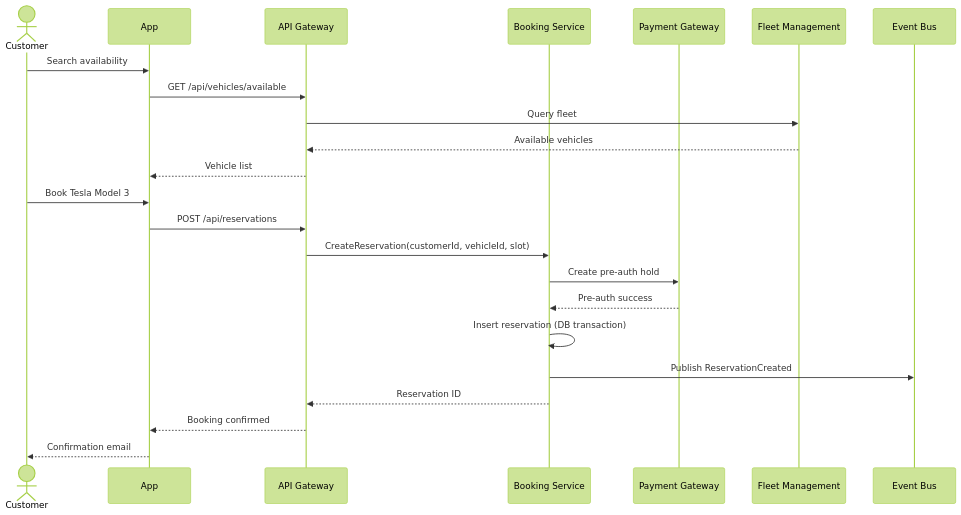
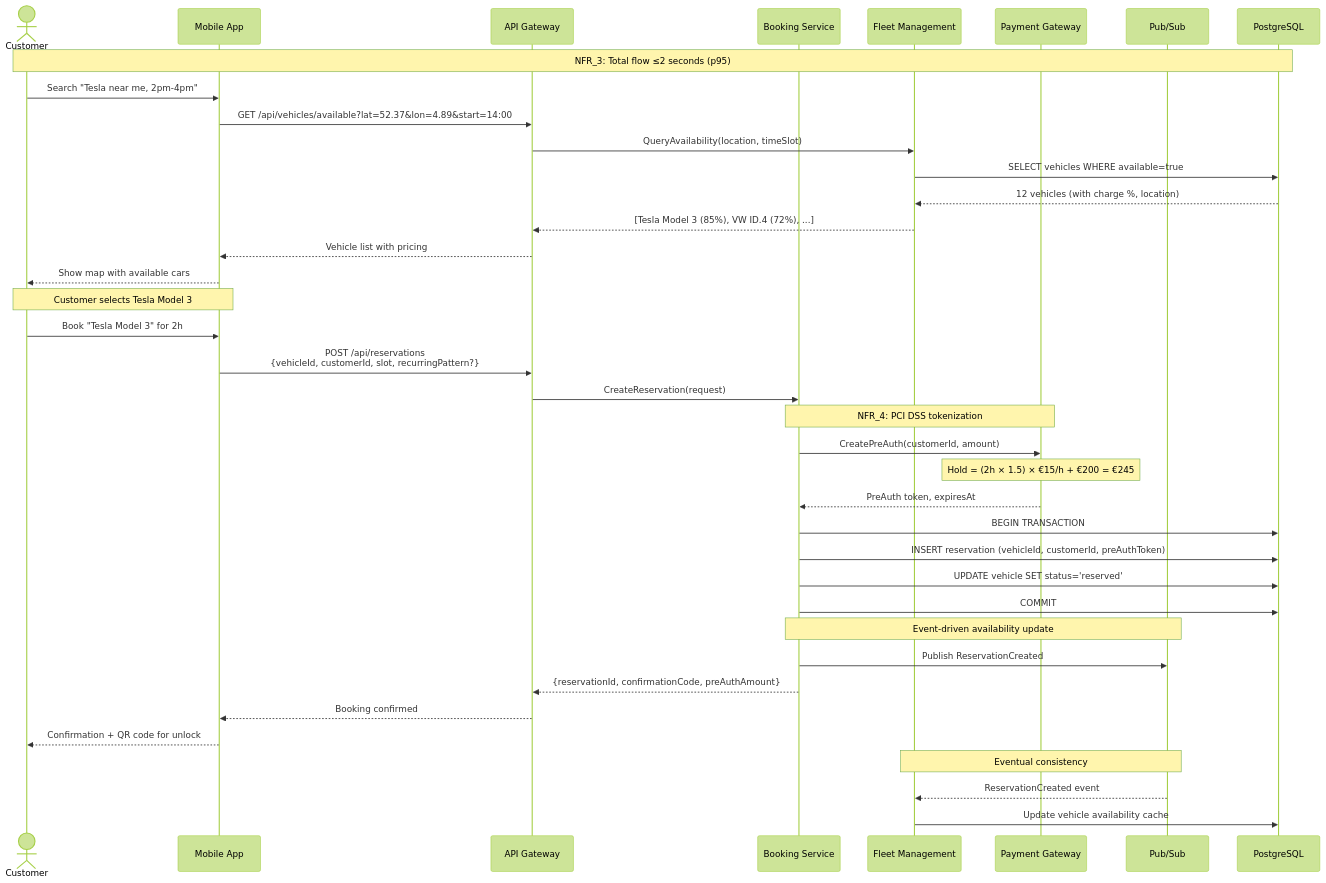
One commit to Oleggio/five-nines-arch-katas changed the first of 7 diagrams in hld/core-func/car-van-rental/4_Sequence_Diagram.md. Above: the diagram before and after it, drawn with Mermaid (forest theme). The commit also changed other lines of this file and 8 other files, not shown here.

````diff
--- a/hld/core-func/car-van-rental/4_Sequence_Diagram.md
+++ b/hld/core-func/car-van-rental/4_Sequence_Diagram.md
@@ -4,30 +13,49 @@
 ```mermaid
 sequenceDiagram
     actor Customer
-    participant App
-    participant API Gateway
-    participant Booking Service
-    participant Payment Gateway
-    participant Fleet Management
-    participant Event Bus
+    participant App as Mobile App
+    participant Gateway as API Gateway
+    participant Booking as Booking Service
+    participant Fleet as Fleet Management
+    participant Payment as Payment Gateway
+    participant EventBus as Pub/Sub
+    participant DB as PostgreSQL
 
-    Customer->>App: Search availability
-    App->>API Gateway: GET /api/vehicles/available
-    API Gateway->>Fleet Management: Query fleet
-    Fleet Management-->>API Gateway: Available vehicles
-    API Gateway-->>App: Vehicle list
+    Note over Customer,DB: NFR_3: Total flow ≤2 seconds (p95)
     
-    Customer->>App: Book Tesla Model 3
-    App->>API Gateway: POST /api/reservations
-    API Gateway->>Booking Service: CreateReservation(customerId, vehicleId, slot)
+    Customer->>App: Search "Tesla near me, 2pm-4pm"
+    App->>Gateway: GET /api/vehicles/available?lat=52.37&lon=4.89&start=14:00
+    Gateway->>Fleet: QueryAvailability(location, timeSlot)
+    Fleet->>DB: SELECT vehicles WHERE available=true
+    DB-->>Fleet: 12 vehicles (with charge %, location)
+    Fleet-->>Gateway: [Tesla Model 3 (85%), VW ID.4 (72%), ...]
+    Gateway-->>App: Vehicle list with pricing
+    App-->>Customer: Show map with available cars
     
-    Booking Service->>Payment Gateway: Create pre-auth hold
-    Payment Gateway-->>Booking Service: Pre-auth success
+    Note over Customer,App: Customer selects Tesla Model 3
+    Customer->>App: Book "Tesla Model 3" for 2h
+    App->>Gateway: POST /api/reservations<br/>{vehicleId, customerId, slot, recurringPattern?}
     
-    Booking Service->>Booking Service: Insert reservation (DB transaction)
-    Booking Service->>Event Bus: Publish ReservationCreated
+    Gateway->>Booking: CreateReservation(request)
     
-    Booking Service-->>API Gateway: Reservation ID
-    API Gateway-->>App: Booking confirmed
-    App-->>Customer: Confirmation email
+    Note over Booking,Payment: NFR_4: PCI DSS tokenization
+    Booking->>Payment: CreatePreAuth(customerId, amount)
+    Note over Payment: Hold = (2h × 1.5) × €15/h + €200 = €245
+    Payment-->>Booking: PreAuth token, expiresAt
+    
+    Booking->>DB: BEGIN TRANSACTION
+    Booking->>DB: INSERT reservation (vehicleId, customerId, preAuthToken)
+    Booking->>DB: UPDATE vehicle SET status='reserved'
+    Booking->>DB: COMMIT
+    
+    Note over Booking,EventBus: Event-driven availability update
+    Booking->>EventBus: Publish ReservationCreated
+    
+    Booking-->>Gateway: {reservationId, confirmationCode, preAuthAmount}
+    Gateway-->>App: Booking confirmed
+    App-->>Customer: Confirmation + QR code for unlock
+    
+    Note over EventBus,Fleet: Eventual consistency
+    EventBus-->>Fleet: ReservationCreated event
+    Fleet->>DB: Update vehicle availability cache
 ```
````
